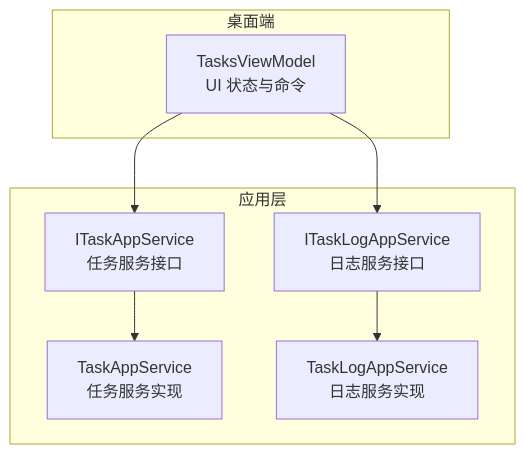
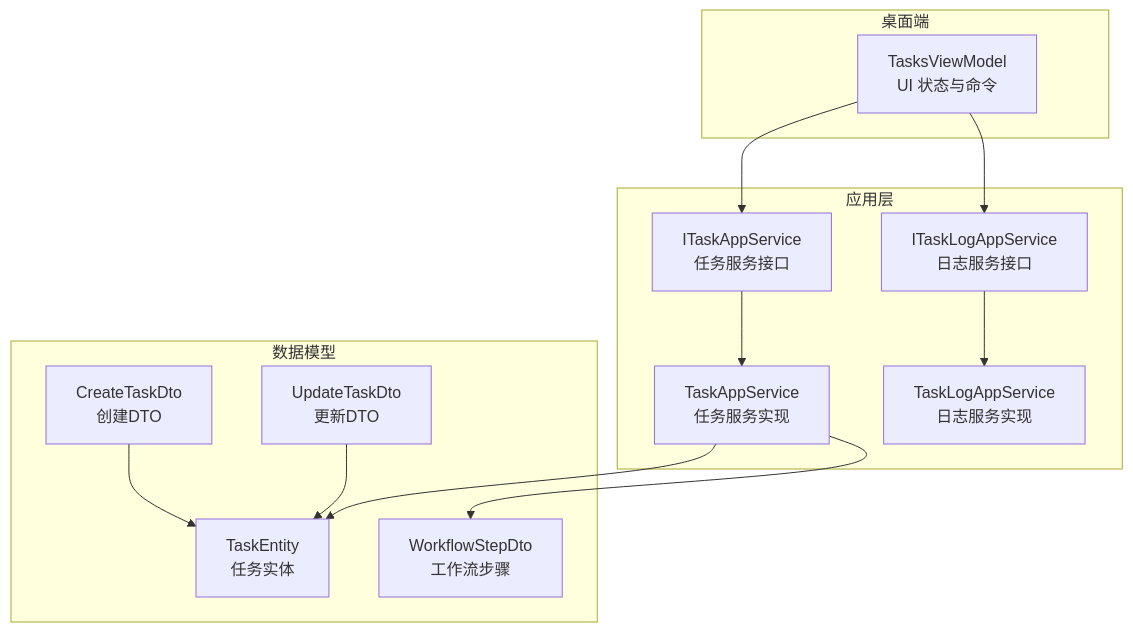
The first of 10 diagrams in .qoder/repowiki/zh/content/AI助手服务/桌面端应用/视图模型层/任务管理视图模型.md (openlowcodelab/lowcode), drawn with Mermaid before and after one commit. The commit also changed other lines of this file and 118 other files, not shown here.

````diff
--- a/.qoder/repowiki/zh/content/AI助手服务/桌面端应用/视图模型层/任务管理视图模型.md
+++ b/.qoder/repowiki/zh/content/AI助手服务/桌面端应用/视图模型层/任务管理视图模型.md
@@ -33,16 +46,26 @@
 ```mermaid
 graph TB
 subgraph "桌面端"
 VM["TasksViewModel<br/>UI 状态与命令"]
 end
 subgraph "应用层"
 ITask["ITaskAppService<br/>任务服务接口"]
 ILog["ITaskLogAppService<br/>日志服务接口"]
 TaskSvc["TaskAppService<br/>任务服务实现"]
 LogSvc["TaskLogAppService<br/>日志服务实现"]
 end
+subgraph "数据模型"
+TE["TaskEntity<br/>任务实体"]
+WSD["WorkflowStepDto<br/>工作流步骤"]
+CTD["CreateTaskDto<br/>创建DTO"]
+UTD["UpdateTaskDto<br/>更新DTO"]
+end
 VM --> ITask
 VM --> ILog
 ITask --> TaskSvc
 ILog --> LogSvc
+TaskSvc --> TE
+TaskSvc --> WSD
+CTD --> TE
+UTD --> TE
 ```
````
